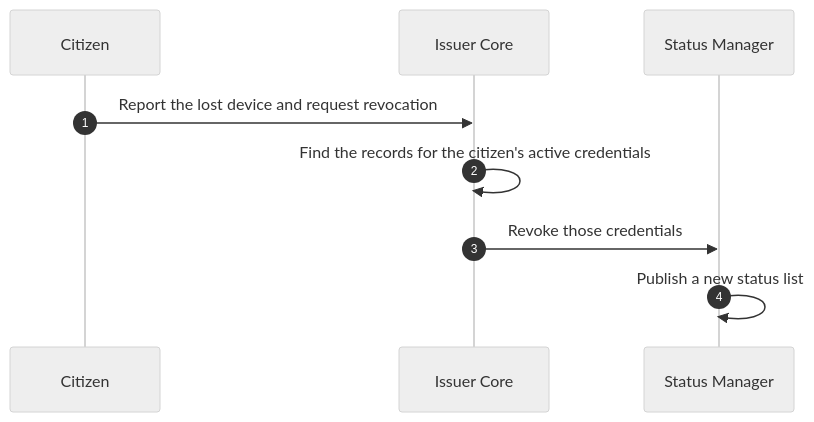
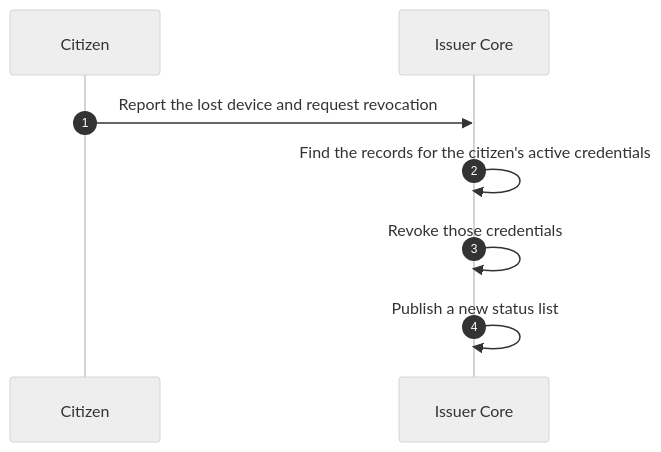
One commit to id-verifiable-credential-dev/id-doc-idctf changed diagram 14 of 14 in docs/architecture-framework/high-level-architecture/flows-per-use-case.md. Above: the diagram before and after it, drawn with Mermaid (neutral theme). The commit also changed other lines of this file and 87 other files, not shown here.

````diff
--- a/docs/architecture-framework/high-level-architecture/flows-per-use-case.md
+++ b/docs/architecture-framework/high-level-architecture/flows-per-use-case.md
@@ -903,11 +1073,10 @@
 ```mermaid
 sequenceDiagram
     autonumber
     participant Cit as Citizen
     participant IC as Issuer Core
-    participant SM as Status Manager
     Cit->>IC: Report the lost device and request revocation
     IC->>IC: Find the records for the citizen's active credentials
-    IC->>SM: Revoke those credentials
-    SM->>SM: Publish a new status list
+    IC->>IC: Revoke those credentials
+    IC->>IC: Publish a new status list
 ```
````
